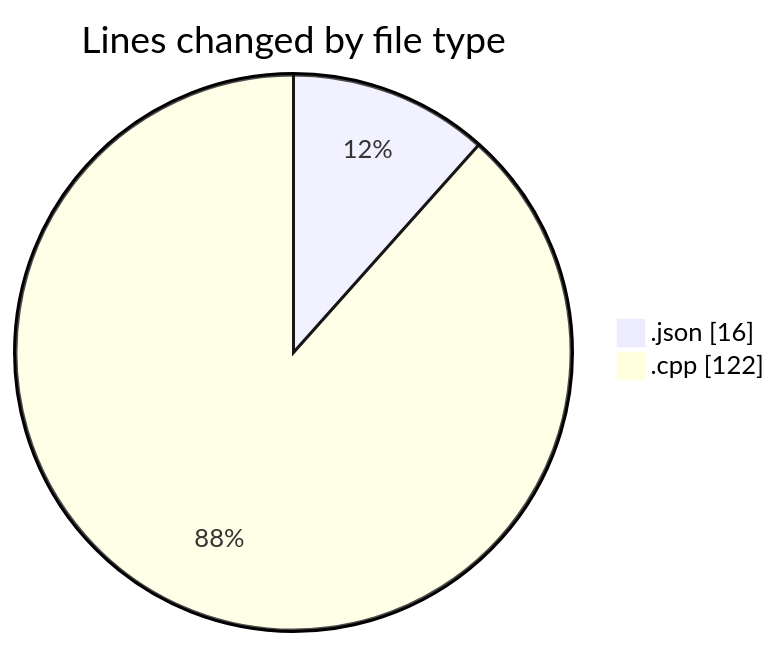
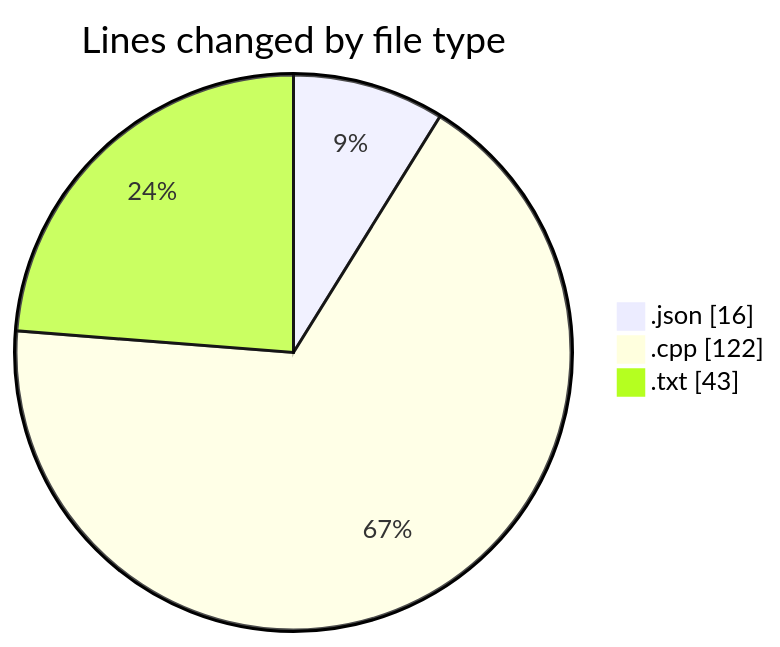
Before and after one commit to Netris89/code-tracking: the first of 2 diagrams in 2025-04-18/echo/README.md, drawn with Mermaid. The commit also changed other lines of this file and 1 other file, not shown here.

````diff
--- a/2025-04-18/echo/README.md
+++ b/2025-04-18/echo/README.md
@@ -21,6 +22,7 @@
 ```mermaid
 pie showData
 title Lines changed by file type
 ".json" : 16
 ".cpp" : 122
+".txt" : 43
 ```
````
